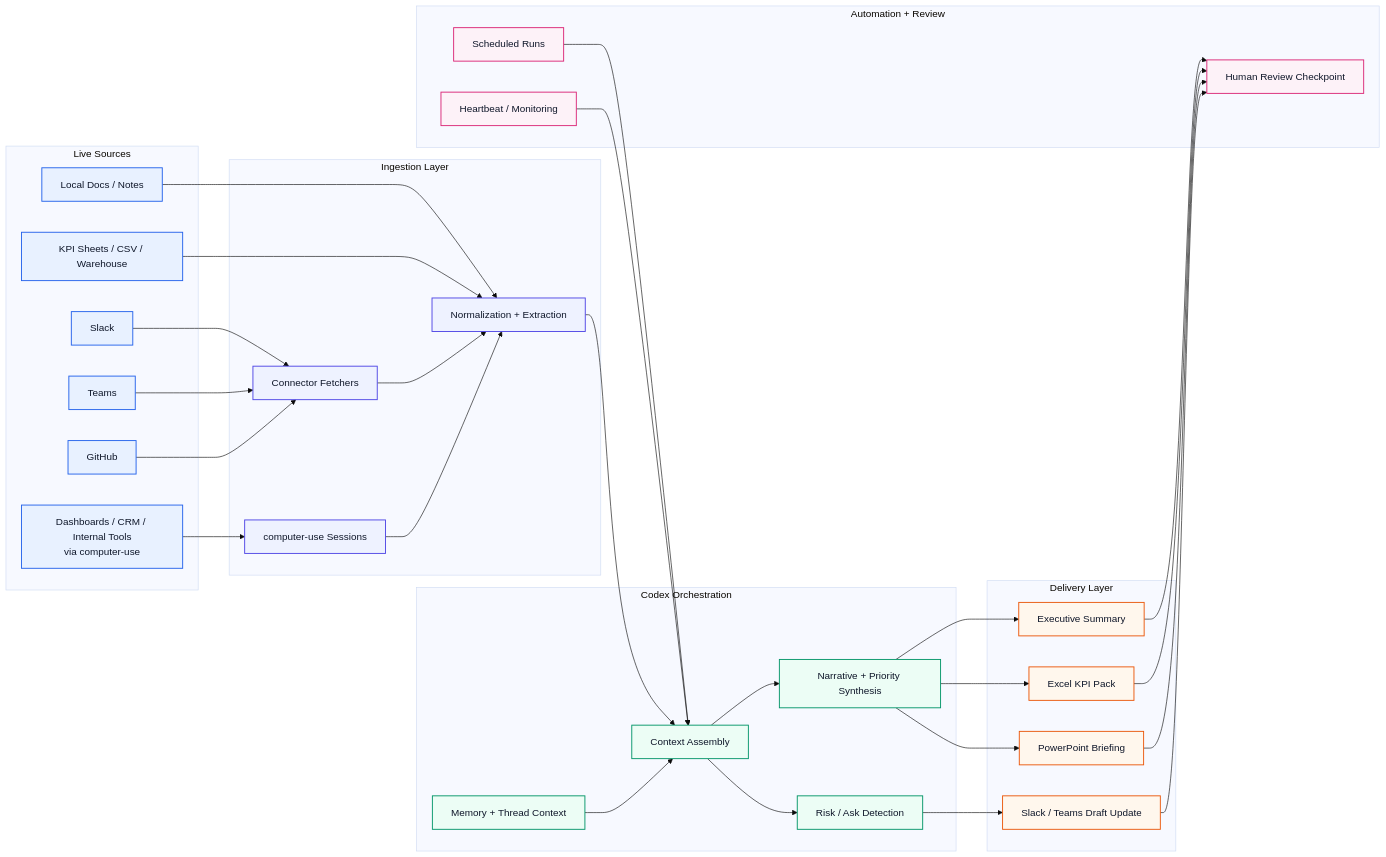
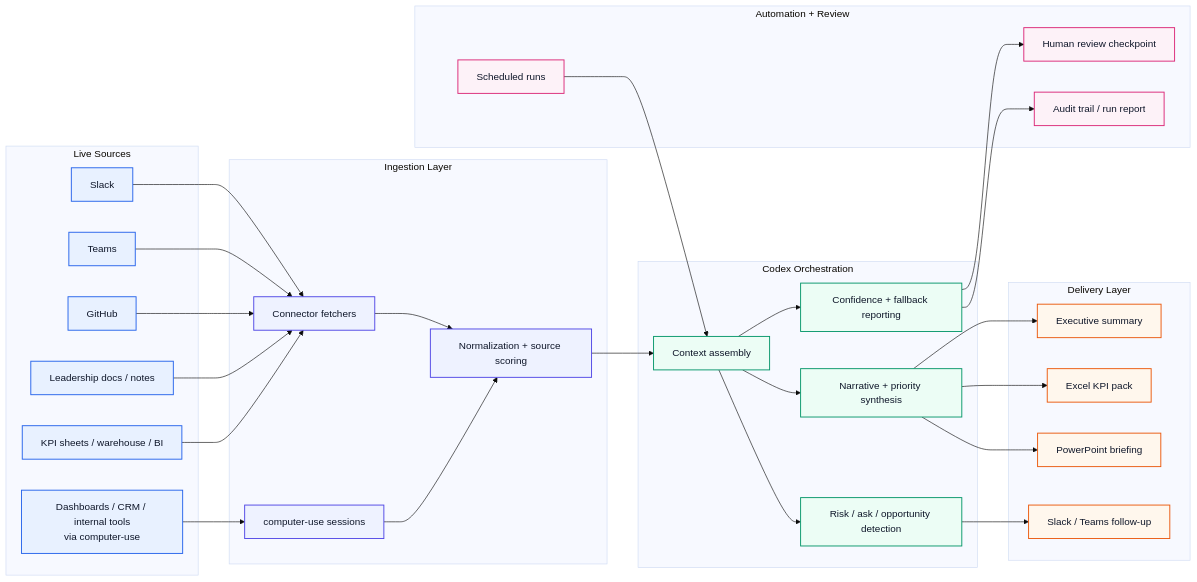
One commit to Laksh-star/codex-workflow-agents changed the third of 3 diagrams in docs/architecture.md. Above: the diagram before and after it, drawn with Mermaid (base theme). The commit also changed other lines of this file and 2 other files, not shown here.

````diff
--- a/docs/architecture.md
+++ b/docs/architecture.md
@@ -39,70 +86,66 @@
 ```mermaid
 flowchart LR
     classDef source fill:#E8F1FF,stroke:#2563EB,stroke-width:1.5px,color:#0F172A
     classDef ingest fill:#EEF2FF,stroke:#4F46E5,stroke-width:1.5px,color:#0F172A
     classDef orchestration fill:#ECFDF5,stroke:#059669,stroke-width:1.5px,color:#0F172A
     classDef delivery fill:#FFF7ED,stroke:#EA580C,stroke-width:1.5px,color:#0F172A
     classDef output fill:#FDF2F8,stroke:#DB2777,stroke-width:1.5px,color:#0F172A
 
     subgraph S["Live Sources"]
         S1["Slack"]:::source
         S2["Teams"]:::source
         S3["GitHub"]:::source
-        S4["Local Docs / Notes"]:::source
-        S5["KPI Sheets / CSV / Warehouse"]:::source
-        S6["Dashboards / CRM / Internal Tools<br/>via computer-use"]:::source
+        S4["Leadership docs / notes"]:::source
+        S5["KPI sheets / warehouse / BI"]:::source
+        S6["Dashboards / CRM / internal tools<br/>via computer-use"]:::source
     end
 
     subgraph I["Ingestion Layer"]
-        I1["Connector Fetchers"]:::ingest
-        I2["computer-use Sessions"]:::ingest
-        I3["Normalization + Extraction"]:::ingest
+        I1["Connector fetchers"]:::ingest
+        I2["computer-use sessions"]:::ingest
+        I3["Normalization + source scoring"]:::ingest
     end
 
     subgraph O["Codex Orchestration"]
-        O1["Context Assembly"]:::orchestration
-        O2["Narrative + Priority Synthesis"]:::orchestration
-        O3["Risk / Ask Detection"]:::orchestration
-        O4["Memory + Thread Context"]:::orchestration
+        O1["Context assembly"]:::orchestration
+        O2["Narrative + priority synthesis"]:::orchestration
+        O3["Risk / ask / opportunity detection"]:::orchestration
+        O4["Confidence + fallback reporting"]:::orchestration
     end
 
     subgraph D["Delivery Layer"]
-        D1["Executive Summary"]:::delivery
-        D2["Excel KPI Pack"]:::delivery
-        D3["PowerPoint Briefing"]:::delivery
-        D4["Slack / Teams Draft Update"]:::delivery
+        D1["Executive summary"]:::delivery
+        D2["Excel KPI pack"]:::delivery
+        D3["PowerPoint briefing"]:::delivery
+        D4["Slack / Teams follow-up"]:::delivery
     end
 
     subgraph A["Automation + Review"]
-        A1["Scheduled Runs"]:::output
-        A2["Heartbeat / Monitoring"]:::output
-        A3["Human Review Checkpoint"]:::output
+        A1["Scheduled runs"]:::output
+        A2["Human review checkpoint"]:::output
+        A3["Audit trail / run report"]:::output
     end
 
     S1 --> I1
     S2 --> I1
     S3 --> I1
-    S4 --> I3
-    S5 --> I3
+    S4 --> I1
+    S5 --> I1
     S6 --> I2
 
     I1 --> I3
     I2 --> I3
     I3 --> O1
-    O4 --> O1
+
     A1 --> O1
-    A2 --> O1
-
     O1 --> O2
     O1 --> O3
+    O1 --> O4
 
     O2 --> D1
     O2 --> D2
     O2 --> D3
     O3 --> D4
-
-    D1 --> A3
-    D2 --> A3
-    D3 --> A3
-    D4 --> A3
+    O4 --> A2
+    O4 --> A3
 ```
````
